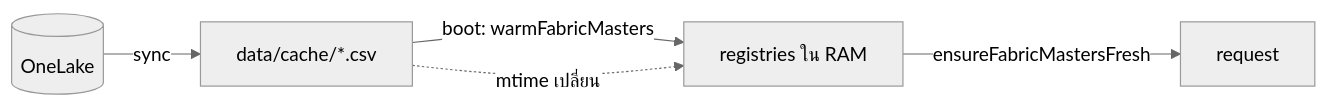
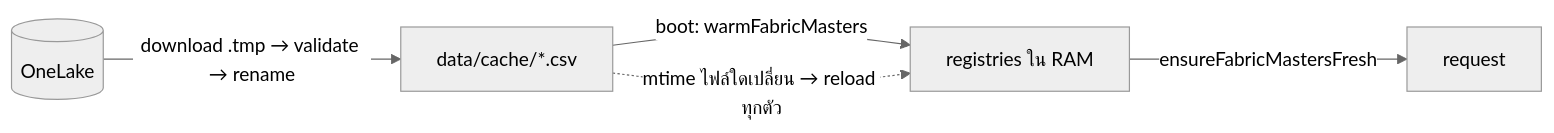
One commit to jintanabp/VMI changed the diagram in docs/wiki/06-fabric-integration.md. Above: the diagram before and after it, drawn with Mermaid (neutral theme). The commit also changed other lines of this file and 37 other files, not shown here.

````diff
--- a/docs/wiki/06-fabric-integration.md
+++ b/docs/wiki/06-fabric-integration.md
@@ -23,7 +53,7 @@
 ```mermaid
 flowchart LR
-    OneLake[("OneLake")] -->|sync| CSV["data/cache/*.csv"]
+    OneLake[("OneLake")] -->|download .tmp → validate → rename| CSV["data/cache/*.csv"]
     CSV -->|boot: warmFabricMasters| RAM["registries ใน RAM"]
     RAM -->|ensureFabricMastersFresh| Req["request"]
-    CSV -.->|mtime เปลี่ยน| RAM
+    CSV -.->|mtime ไฟล์ใดเปลี่ยน → reload ทุกตัว| RAM
 ```
````
